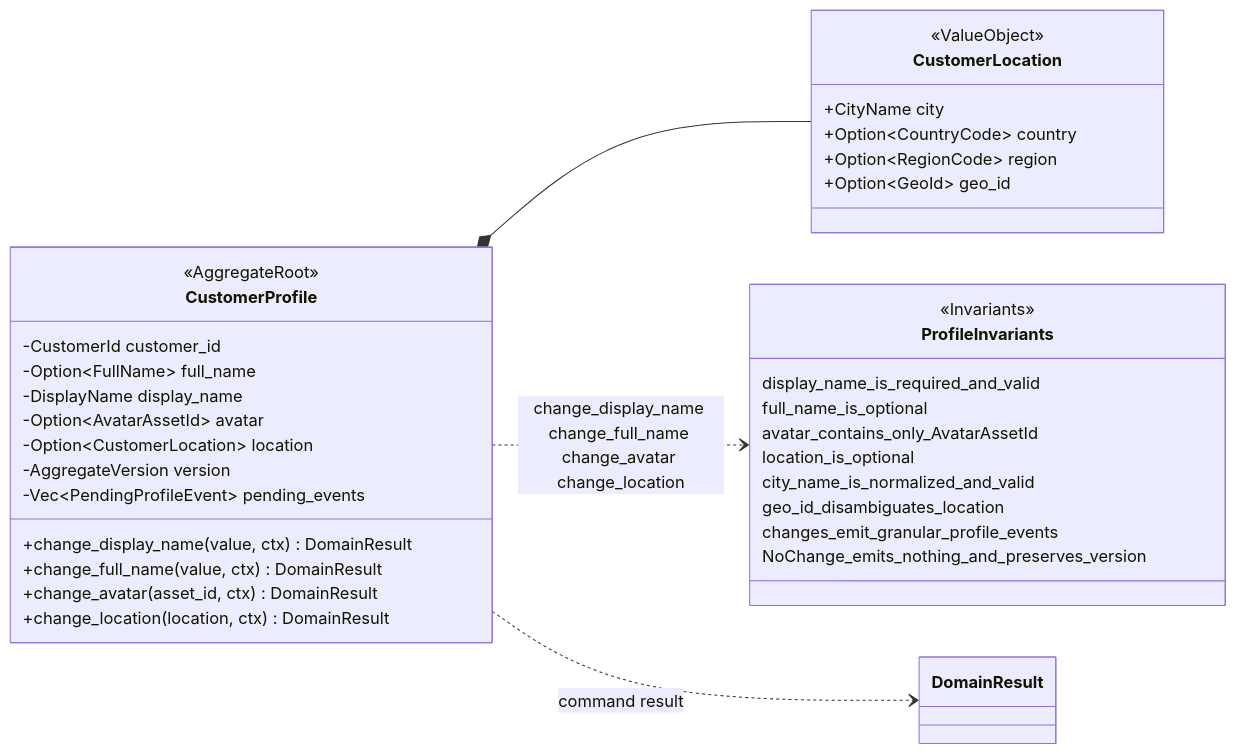
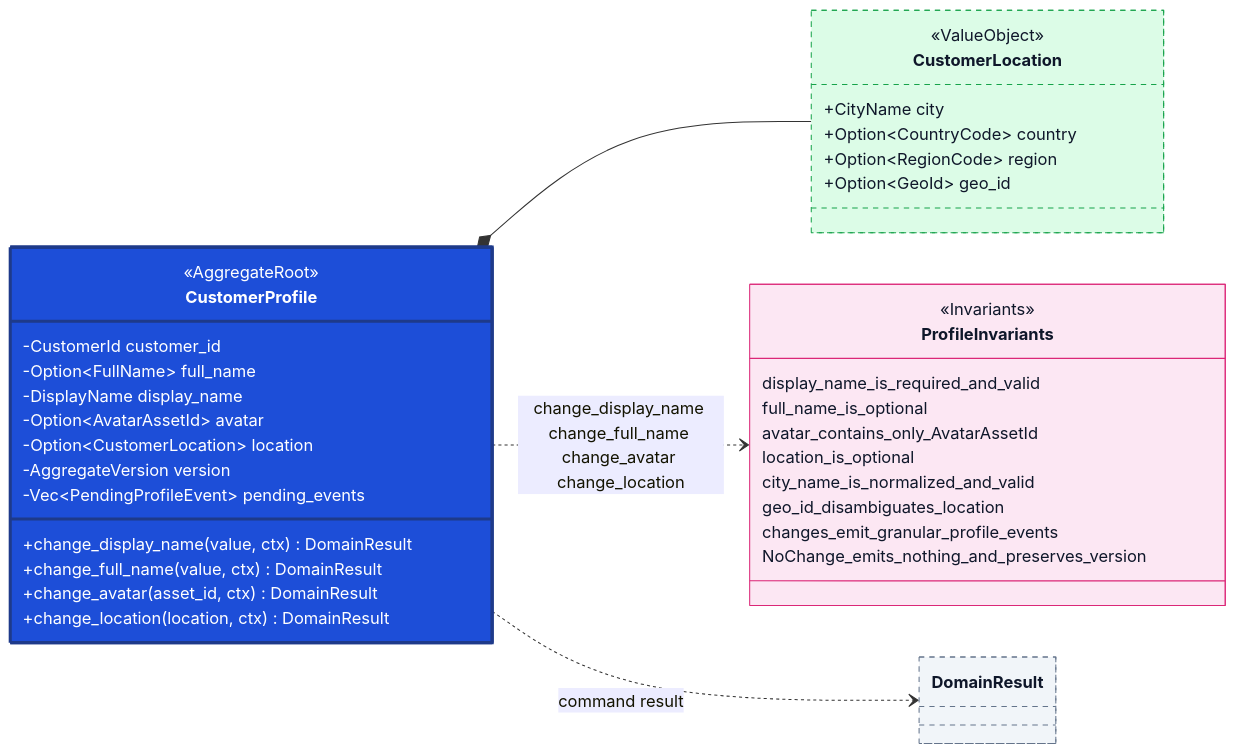
One commit to DeathRustZzZ/PitGO changed the diagram in docs/domain/customer/diagrams/03-profile.mmd. Above: the diagram before and after it, drawn with Mermaid. The commit also changed 18 other files, not shown here.

Commit message:
docs(customer): add style guide, refresh diagrams, add project docs

```diff
--- a/docs/domain/customer/diagrams/03-profile.mmd
+++ b/docs/domain/customer/diagrams/03-profile.mmd
@@ -1,47 +1,52 @@
 %% Customer profile aggregate diagram.
 %% Source of truth: ../customer.md
 %% This file physically copies only the Profile slice.
 %% External entities are referenced by links only and remain defined in the
 %% source schema until their own detailed diagram files are populated.
 
 classDiagram
     direction LR
 
     %% Independent profile aggregate
     class CustomerProfile {
         <<AggregateRoot>>
         -CustomerId customer_id
         -Option~FullName~ full_name
         -DisplayName display_name
         -Option~AvatarAssetId~ avatar
         -Option~CustomerLocation~ location
         -AggregateVersion version
         -Vec~PendingProfileEvent~ pending_events
         +change_display_name(value, ctx) DomainResult
         +change_full_name(value, ctx) DomainResult
         +change_avatar(asset_id, ctx) DomainResult
         +change_location(location, ctx) DomainResult
     }
     class CustomerLocation {
         <<ValueObject>>
         +CityName city
         +Option~CountryCode~ country
         +Option~RegionCode~ region
         +Option~GeoId~ geo_id
     }
     CustomerProfile *-- CustomerLocation
 
     class ProfileInvariants {
         <<Invariants>>
         display_name_is_required_and_valid
         full_name_is_optional
         avatar_contains_only_AvatarAssetId
         location_is_optional
         city_name_is_normalized_and_valid
         geo_id_disambiguates_location
         changes_emit_granular_profile_events
         NoChange_emits_nothing_and_preserves_version
     }
 
     CustomerProfile ..> ProfileInvariants : change_display_name change_full_name change_avatar change_location
     CustomerProfile ..> DomainResult : command result
+
+    style CustomerProfile fill:#1D4ED8,stroke:#1E3A8A,stroke-width:3px,color:#FFFFFF
+    style CustomerLocation fill:#DCFCE7,stroke:#16A34A,stroke-dasharray:5 5,color:#0F172A
+    style ProfileInvariants fill:#FCE7F3,stroke:#DB2777,color:#0F172A
+    style DomainResult fill:#F1F5F9,stroke:#64748B,stroke-dasharray:5 5,color:#0F172A
```
